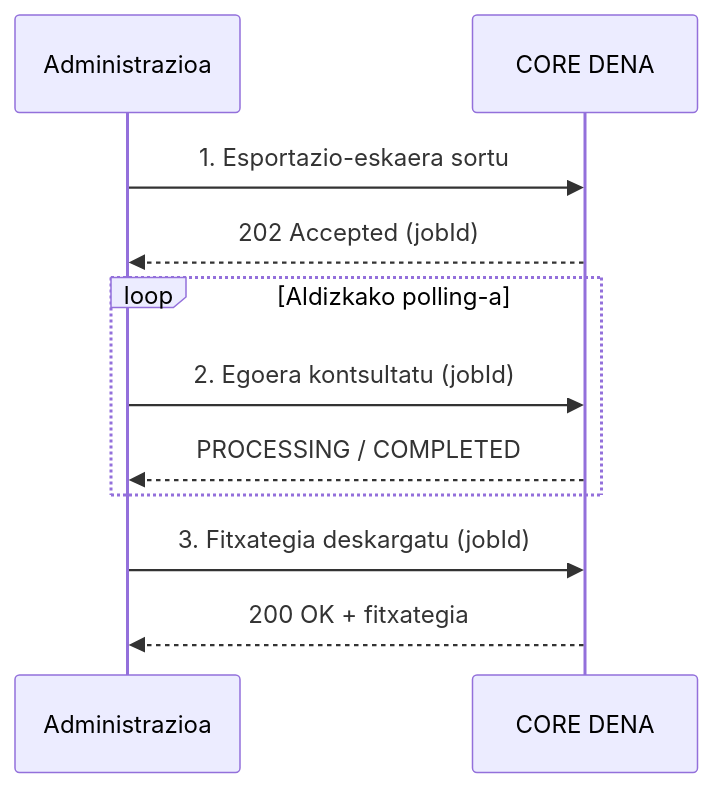
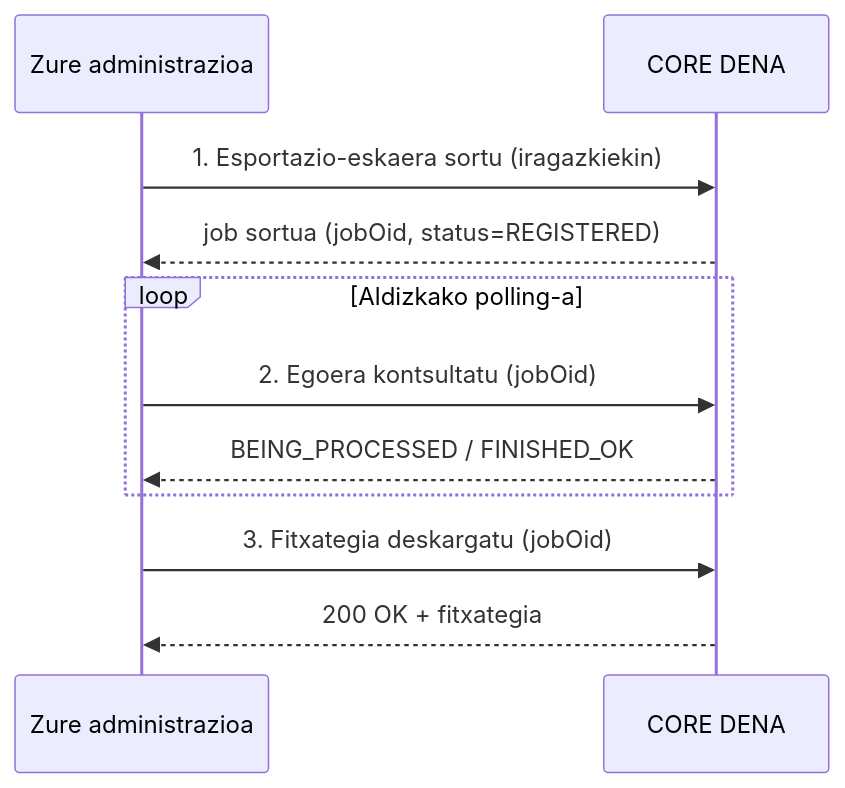
One commit to DENA-Euskadi/dena-euskadi.github.io changed the second of 2 diagrams in docs/semantica/person-sync/pull.eu.md. Above: the diagram before and after it, drawn with Mermaid. The commit also changed other lines of this file and 52 other files, not shown here.

````diff
--- a/docs/semantica/person-sync/pull.eu.md
+++ b/docs/semantica/person-sync/pull.eu.md
@@ -19,16 +60,16 @@
 ``` mermaid
 sequenceDiagram
-    participant Admin as Administrazioa
+    participant Admin as Zure administrazioa
     participant DENA as CORE DENA
 
-    Admin->>DENA: 1. Esportazio-eskaera sortu
-    DENA-->>Admin: 202 Accepted (jobId)
+    Admin->>DENA: 1. Esportazio-eskaera sortu (iragazkiekin)
+    DENA-->>Admin: job sortua (jobOid, status=REGISTERED)
 
     loop Aldizkako polling-a
-        Admin->>DENA: 2. Egoera kontsultatu (jobId)
-        DENA-->>Admin: PROCESSING / COMPLETED
+        Admin->>DENA: 2. Egoera kontsultatu (jobOid)
+        DENA-->>Admin: BEING_PROCESSED / FINISHED_OK
     end
 
-    Admin->>DENA: 3. Fitxategia deskargatu (jobId)
+    Admin->>DENA: 3. Fitxategia deskargatu (jobOid)
     DENA-->>Admin: 200 OK + fitxategia
 ```
````
